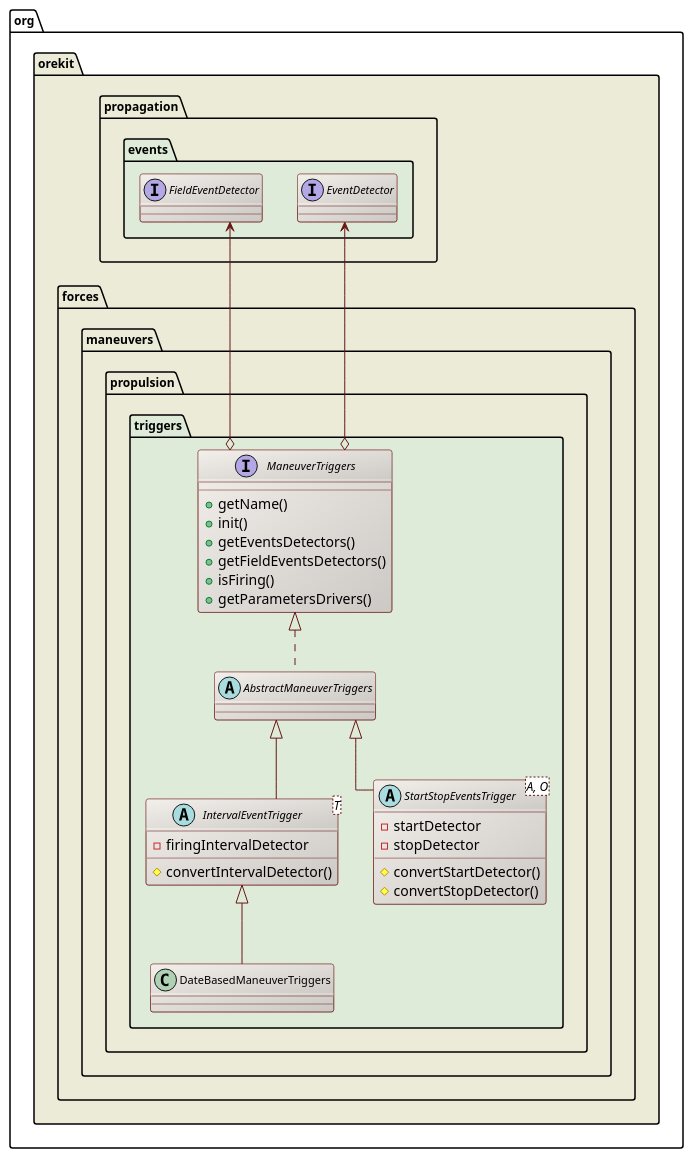
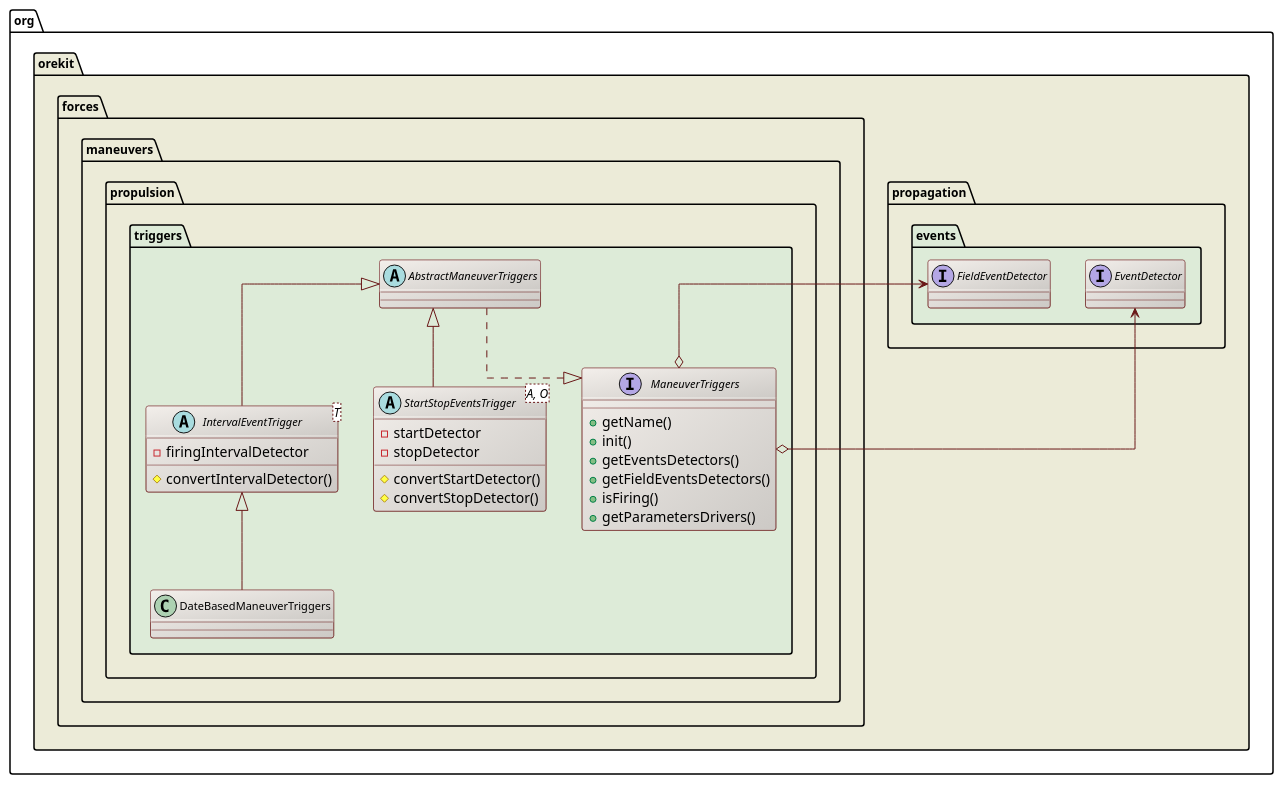
The diagram in src/design/maneuver-triggers-class-diagram.puml (CS-SI/Orekit), drawn with PlantUML before and after one commit. The commit also changed 11 other files, not shown here.

```diff
--- a/src/design/maneuver-triggers-class-diagram.puml
+++ b/src/design/maneuver-triggers-class-diagram.puml
@@ -17,56 +17,56 @@
 @startuml
 
   skinparam svek                  true
   skinparam ClassBackgroundColor  #F3EFEB/CCC9C5
   skinparam ClassArrowColor       #691616
   skinparam ClassBorderColor      #691616
   skinparam NoteBackgroundColor   #F3EFEB
   skinparam NoteBorderColor       #691616
   skinparam NoteFontColor         #691616
   skinparam ClassFontSize         11
   skinparam PackageFontSize       12
   skinparam linetype              ortho
 
   package org.orekit #ECEBD8 {
 
     package propagation.events #DDEBD8 {
       interface EventDetector
       interface FieldEventDetector
     }
 
     package forces.maneuvers.propulsion.triggers #DDEBD8 {
 
       interface ManeuverTriggers {
         +getName()
         +init()
         +getEventsDetectors()
         +getFieldEventsDetectors()
         +isFiring()
         +getParametersDrivers()
       }
 
       abstract class AbstractManeuverTriggers
       abstract class "IntervalEventTrigger<T>" as IntervalEventTrigger_T {
         -firingIntervalDetector
         #convertIntervalDetector()
       }
       abstract class "StartStopEventsTrigger<A, O>" as StartStopEventsTrigger_A_O {
         -startDetector
         -stopDetector
         #convertStartDetector()
         #convertStopDetector()
       }
       class DateBasedManeuverTriggers
 
       EventDetector <--o ManeuverTriggers
       FieldEventDetector <--o ManeuverTriggers
-      ManeuverTriggers <|.. AbstractManeuverTriggers
+      AbstractManeuverTriggers ..|> ManeuverTriggers
       AbstractManeuverTriggers <|-- IntervalEventTrigger_T
       AbstractManeuverTriggers <|-- StartStopEventsTrigger_A_O
       IntervalEventTrigger_T <|-- DateBasedManeuverTriggers
 
     }
 
  }
 
 @enduml
```
